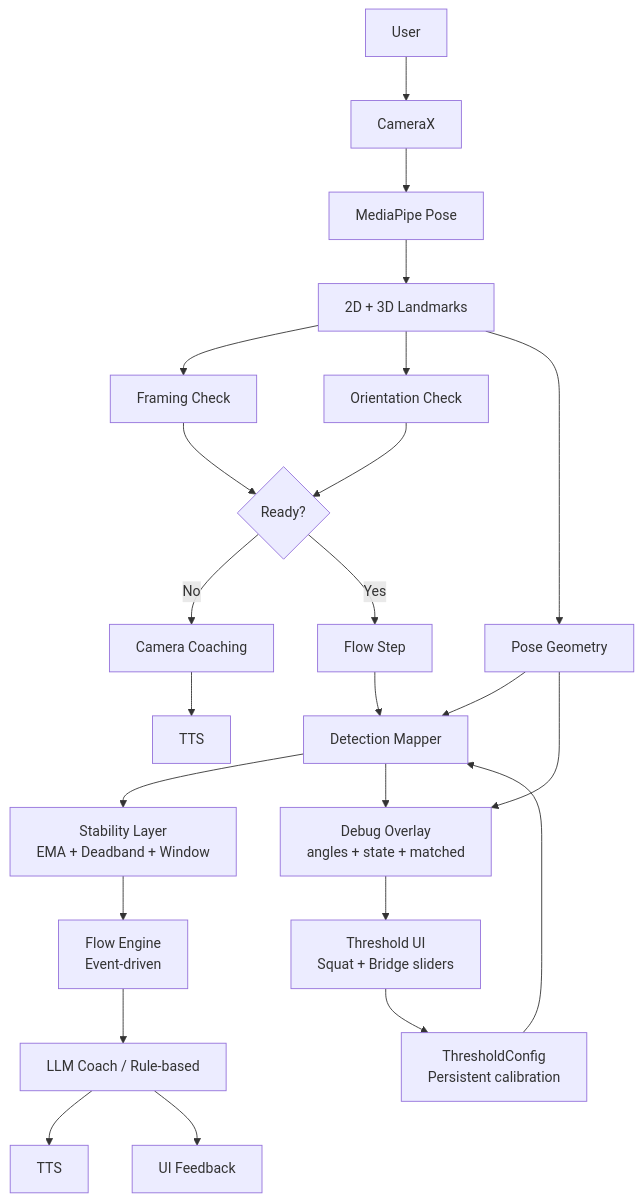
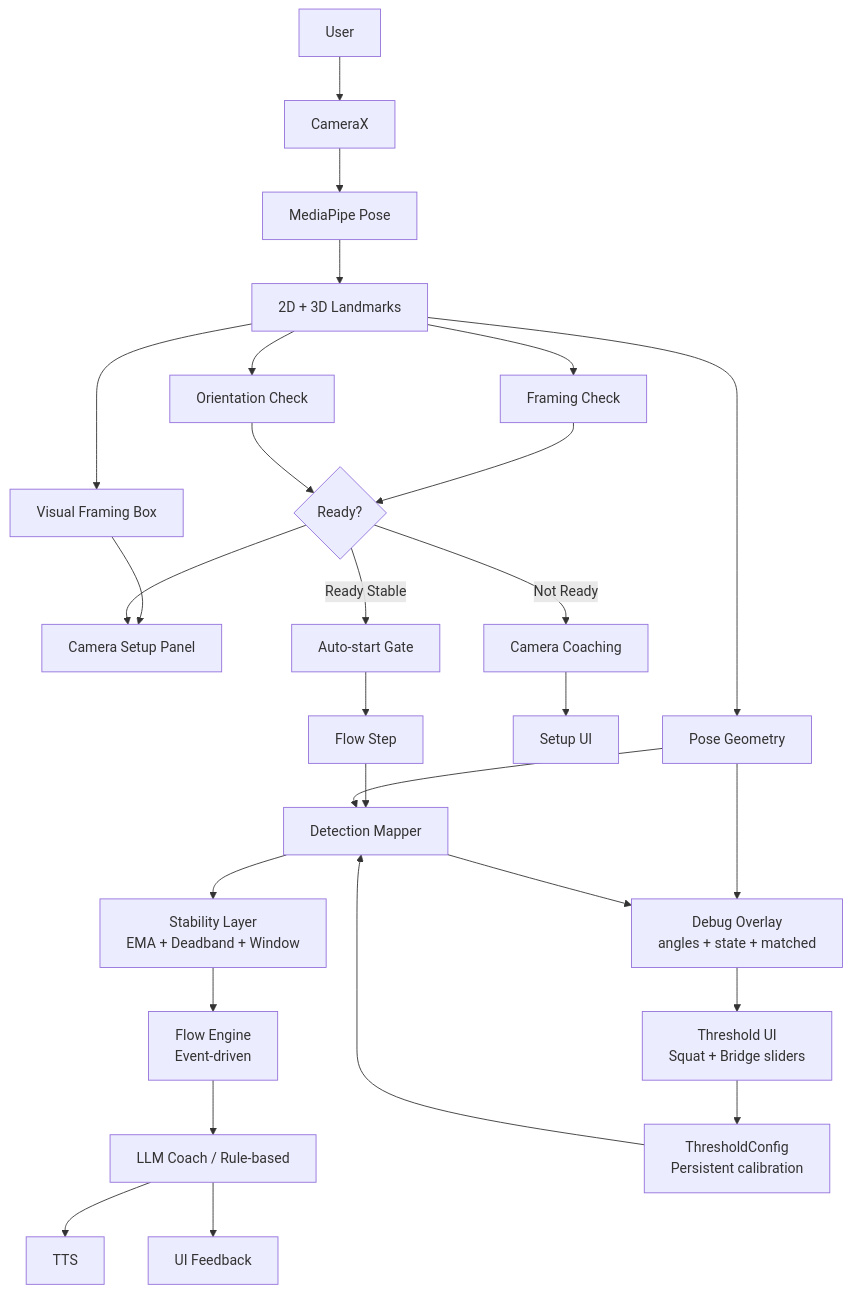
The diagram in README.md (WangChengYeh/Yoga), drawn with Mermaid before and after one commit. The commit also changed other lines of this file, not shown here.

Commit message:
Document camera setup experience

````diff
--- a/README.md
+++ b/README.md
@@ -45,36 +54,40 @@
 ```mermaid
 flowchart TD
     User[User] --> Camera[CameraX]
     Camera --> Pose[MediaPipe Pose]
 
     Pose --> Landmarks[2D + 3D Landmarks]
 
     Landmarks --> Framing[Framing Check]
     Landmarks --> Orientation[Orientation Check]
     Landmarks --> Geometry[Pose Geometry]
+    Landmarks --> VisualBox[Visual Framing Box]
 
     Framing --> Gate{Ready?}
     Orientation --> Gate
+    VisualBox --> SetupPanel[Camera Setup Panel]
+    Gate --> SetupPanel
 
-    Gate -- No --> Setup[Camera Coaching]
-    Setup --> Voice1[TTS]
+    Gate -- Not Ready --> Setup[Camera Coaching]
+    Setup --> UISetup[Setup UI]
 
-    Gate -- Yes --> Flow[Flow Step]
+    Gate -- Ready Stable --> AutoStart[Auto-start Gate]
+    AutoStart --> Flow[Flow Step]
 
     Flow --> Mapper[Detection Mapper]
     Geometry --> Mapper
 
     Mapper --> Stability[Stability Layer\nEMA + Deadband + Window]
 
     Stability --> Engine[Flow Engine\nEvent-driven]
 
     Engine --> Coach[LLM Coach / Rule-based]
 
     Coach --> Voice2[TTS]
     Coach --> UI[UI Feedback]
     Geometry --> Debug[Debug Overlay\nangles + state + matched]
     Mapper --> Debug
     Debug --> ThresholdUI[Threshold UI\nSquat + Bridge sliders]
     ThresholdUI --> ThresholdConfig[ThresholdConfig\nPersistent calibration]
     ThresholdConfig --> Mapper
 ```
````
